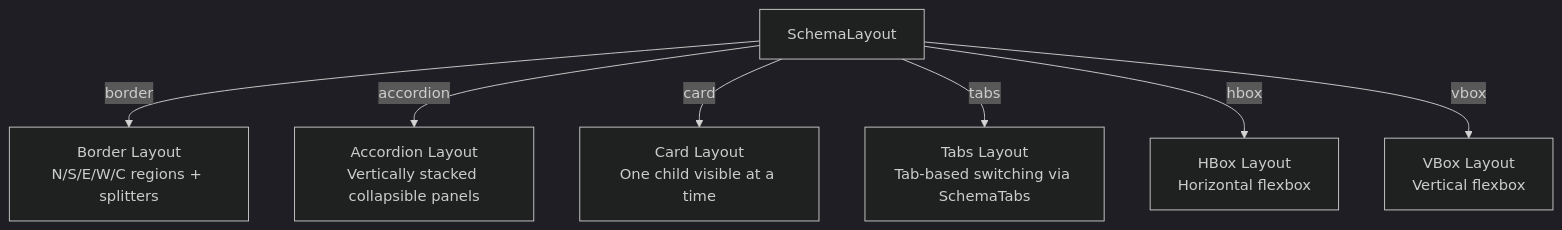
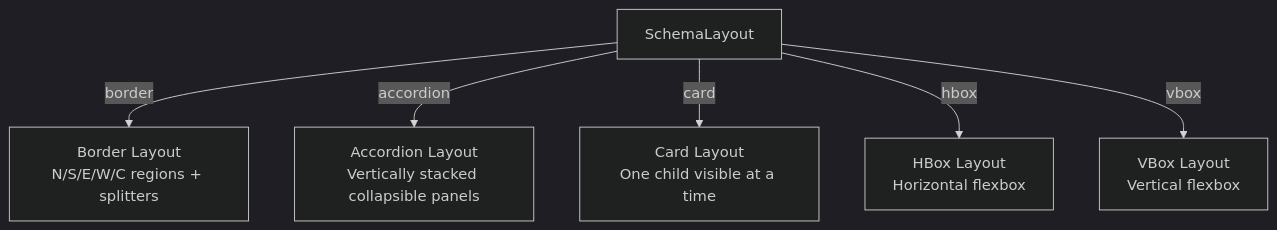
One commit to WianVDM/schema-framework changed the first of 2 diagrams in docs/decisions/007-layout-architecture.md. Above: the diagram before and after it, drawn with Mermaid (dark theme). The commit also changed other lines of this file and 62 other files, not shown here.

````diff
--- a/docs/decisions/007-layout-architecture.md
+++ b/docs/decisions/007-layout-architecture.md
@@ -63,9 +63,8 @@
 ```mermaid
 graph TD
     SchemaLayout -->|border| BorderLayout["Border Layout<br/>N/S/E/W/C regions + splitters"]
     SchemaLayout -->|accordion| AccordionLayout["Accordion Layout<br/>Vertically stacked collapsible panels"]
     SchemaLayout -->|card| CardLayout["Card Layout<br/>One child visible at a time"]
-    SchemaLayout -->|tabs| TabLayout["Tabs Layout<br/>Tab-based switching via SchemaTabs"]
     SchemaLayout -->|hbox| HBoxLayout["HBox Layout<br/>Horizontal flexbox"]
     SchemaLayout -->|vbox| VBoxLayout["VBox Layout<br/>Vertical flexbox"]
 ```
````
